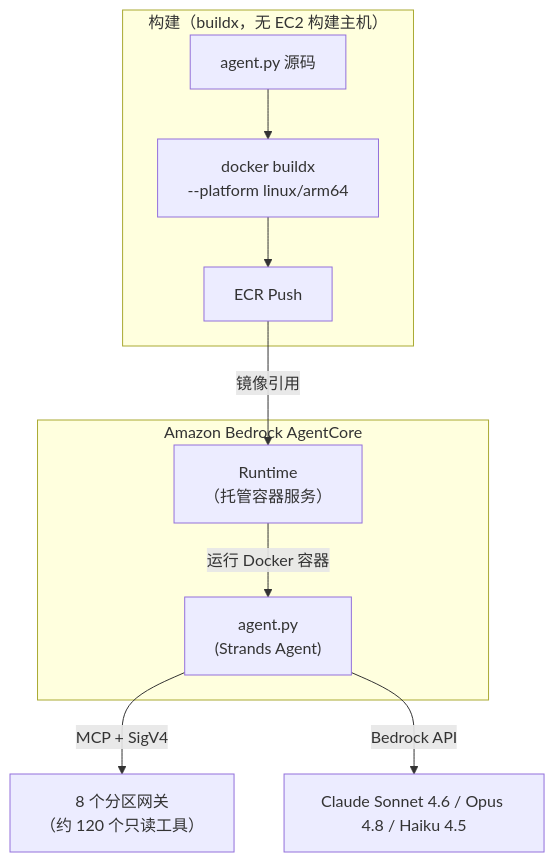
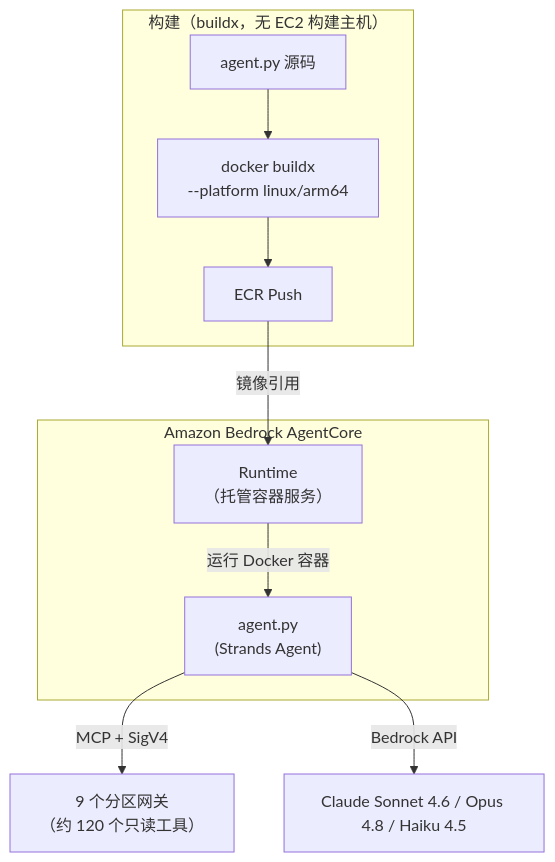
The second of 7 diagrams in docs-site/i18n/zh/docusaurus-plugin-content-docs/current/faq/agentcore-memory.md (Atom-oh/awsops), drawn with Mermaid before and after one commit. The commit also changed other lines of this file and 28 other files, not shown here.

````diff
--- a/docs-site/i18n/zh/docusaurus-plugin-content-docs/current/faq/agentcore-memory.md
+++ b/docs-site/i18n/zh/docusaurus-plugin-content-docs/current/faq/agentcore-memory.md
@@ -40,17 +40,17 @@
 ```mermaid
 flowchart TD
   subgraph AC["Amazon Bedrock AgentCore"]
     RT["Runtime<br/>（托管容器服务）"]
     RT -->|"运行 Docker 容器"| AGENT["agent.py<br/>(Strands Agent)"]
   end
 
   subgraph BUILD["构建（buildx，无 EC2 构建主机）"]
     SRC["agent.py 源码"] --> DOCKER["docker buildx<br/>--platform linux/arm64"]
     DOCKER --> ECR["ECR Push"]
   end
 
   ECR -->|"镜像引用"| RT
 
-  AGENT -->|"MCP + SigV4"| GW["8 个分区网关<br/>（约 120 个只读工具）"]
+  AGENT -->|"MCP + SigV4"| GW["9 个分区网关<br/>（约 120 个只读工具）"]
   AGENT -->|"Bedrock API"| MODEL["Claude Sonnet 4.6 / Opus 4.8 / Haiku 4.5"]
 ```
````
